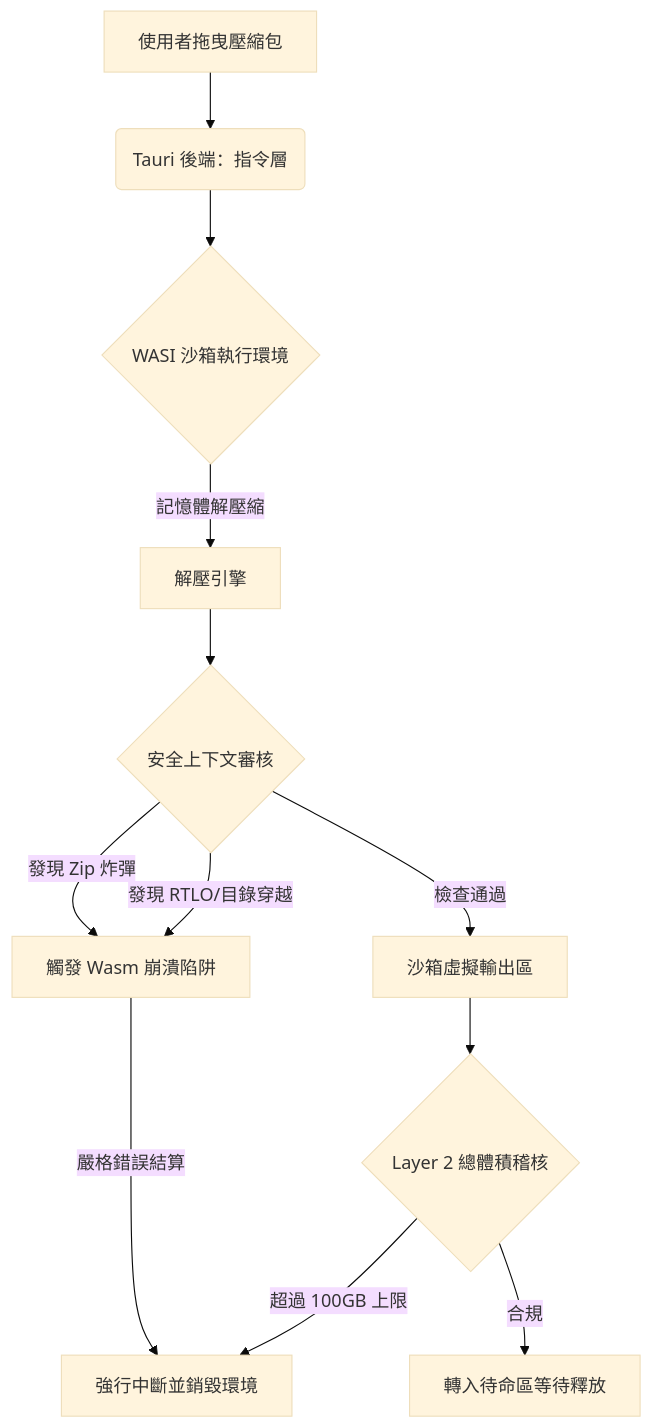
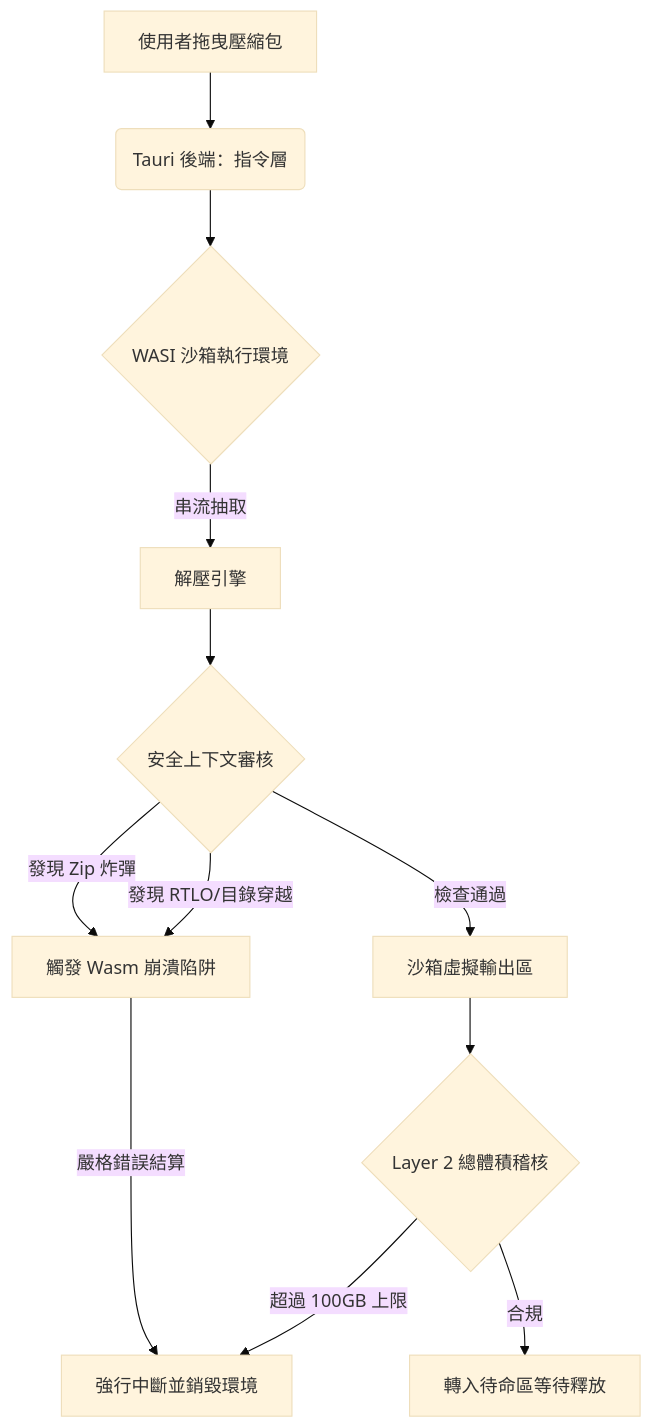
Before and after one commit to Cyber-Sec-Space/zdefuser: the second of 2 diagrams in README.md, drawn with Mermaid (base theme).

Commit message:
docs: resolve translation parity defect in Chinese README Mermaid diagram

````diff
--- a/README.md
+++ b/README.md
@@ -123,18 +123,18 @@
 ```mermaid
 graph TD;
     A[使用者拖曳壓縮包] --> B(Tauri 後端：指令層);
     B --> C{WASI 沙箱執行環境};
     
-    C -->|記憶體解壓縮| D[解壓引擎];
+    C -->|串流抽取| D[解壓引擎];
     D --> E{安全上下文審核};
     
     E -->|發現 Zip 炸彈| F[觸發 Wasm 崩潰陷阱];
     E -->|發現 RTLO/目錄穿越| F[觸發 Wasm 崩潰陷阱];
     E -->|檢查通過| G[沙箱虛擬輸出區];
     
     F -->|嚴格錯誤結算| H[強行中斷並銷毀環境];
     G --> I{Layer 2 總體積稽核};
     
     I -->|超過 100GB 上限| H;
     I -->|合規| J[轉入待命區等待釋放];
 ```
````
